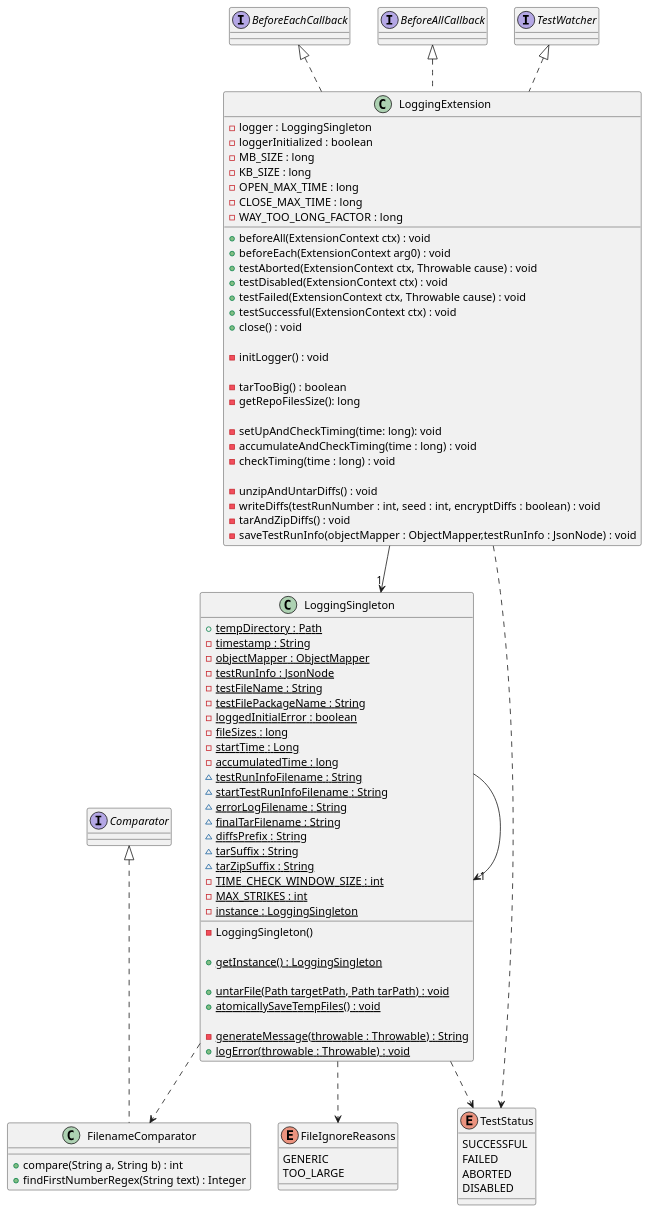
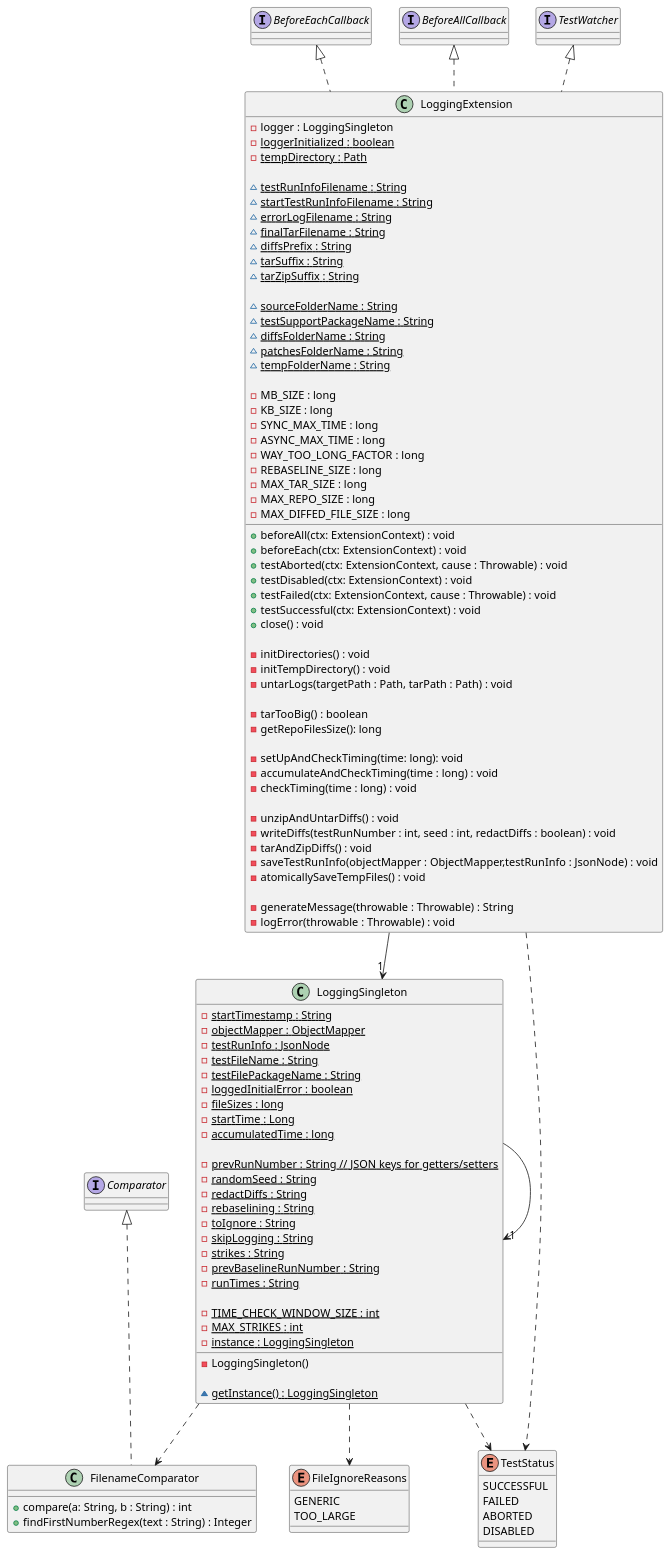
One commit to GauravGajavelli/WarmupAndStretchingWithCompression changed the diagram in ImportantClassesMethods.puml. Above: the diagram before and after it, drawn with PlantUML. The commit also changed 3 other files, not shown here.

Commit message:
Make all public package-private in LoggingSingleton and update UML

```diff
--- a/ImportantClassesMethods.puml
+++ b/ImportantClassesMethods.puml
@@ -1,103 +1,126 @@
 @startuml
 
 enum FileIgnoreReasons {
   GENERIC
   TOO_LARGE
 }
 enum TestStatus {
   SUCCESSFUL
   FAILED
   ABORTED
   DISABLED
 }
 
 class LoggingExtension {
-  - logger : LoggingSingleton
-  - loggerInitialized : boolean
-  - MB_SIZE : long
-  - KB_SIZE : long
-  - OPEN_MAX_TIME : long
-  - CLOSE_MAX_TIME : long
-  - WAY_TOO_LONG_FACTOR : long
+- logger : LoggingSingleton
+- loggerInitialized : boolean {static}
+- tempDirectory : Path {static}
 
-  + beforeAll(ExtensionContext ctx) : void
-  + beforeEach(ExtensionContext arg0) : void
-  + testAborted(ExtensionContext ctx, Throwable cause) : void
-  + testDisabled(ExtensionContext ctx) : void
-  + testFailed(ExtensionContext ctx, Throwable cause) : void
-  + testSuccessful(ExtensionContext ctx) : void
+~ testRunInfoFilename : String {static}
+~ startTestRunInfoFilename : String {static}
+~ errorLogFilename : String {static}
+~ finalTarFilename : String {static}
+~ diffsPrefix : String {static}
+~ tarSuffix : String {static}
+~ tarZipSuffix : String {static}
+
+~ sourceFolderName : String {static}
+~ testSupportPackageName : String {static}
+~ diffsFolderName : String {static}
+~ patchesFolderName : String {static}
+~ tempFolderName : String {static}
+
+- MB_SIZE : long
+- KB_SIZE : long
+- SYNC_MAX_TIME : long
+- ASYNC_MAX_TIME : long
+- WAY_TOO_LONG_FACTOR : long
+- REBASELINE_SIZE : long
+- MAX_TAR_SIZE : long
+- MAX_REPO_SIZE : long
+- MAX_DIFFED_FILE_SIZE : long
+
+  + beforeAll(ctx: ExtensionContext) : void
+  + beforeEach(ctx: ExtensionContext) : void
+  + testAborted(ctx: ExtensionContext, cause : Throwable) : void
+  + testDisabled(ctx: ExtensionContext) : void
+  + testFailed(ctx: ExtensionContext, cause : Throwable) : void
+  + testSuccessful(ctx: ExtensionContext) : void
   + close() : void
 
-  - initLogger() : void
+  - initDirectories() : void
+  - initTempDirectory() : void
+  - untarLogs(targetPath : Path, tarPath : Path) : void
 
   - tarTooBig() : boolean
   - getRepoFilesSize(): long
 
   - setUpAndCheckTiming(time: long): void
   - accumulateAndCheckTiming(time : long) : void
   - checkTiming(time : long) : void
 
   - unzipAndUntarDiffs() : void
-  - writeDiffs(testRunNumber : int, seed : int, encryptDiffs : boolean) : void
+  - writeDiffs(testRunNumber : int, seed : int, redactDiffs : boolean) : void
   - tarAndZipDiffs() : void
   - saveTestRunInfo(objectMapper : ObjectMapper,testRunInfo : JsonNode) : void
+  - atomicallySaveTempFiles() : void
+
+  - generateMessage(throwable : Throwable) : String
+  - logError(throwable : Throwable) : void
 }
 
 class LoggingSingleton {
-  + {static} tempDirectory : Path
-  - {static} timestamp : String
+  - {static} startTimestamp : String
   - {static} objectMapper : ObjectMapper
   - {static} testRunInfo : JsonNode
   - {static} testFileName : String
   - {static} testFilePackageName : String
   - {static} loggedInitialError : boolean
   - {static} fileSizes : long
   - {static} startTime : Long
   - {static} accumulatedTime : long
-  ~ {static} testRunInfoFilename : String
-  ~ {static} startTestRunInfoFilename : String
-  ~ {static} errorLogFilename : String
-  ~ {static} finalTarFilename : String
-  ~ {static} diffsPrefix : String
-  ~ {static} tarSuffix : String
-  ~ {static} tarZipSuffix : String
+
+  - {static} prevRunNumber : String // JSON keys for getters/setters
+  - {static} randomSeed : String
+  - {static} redactDiffs : String
+  - {static} rebaselining : String
+  - {static} toIgnore : String
+  - {static} skipLogging : String
+  - {static} strikes : String
+  - {static} prevBaselineRunNumber : String
+  - {static} runTimes : String
+
   - {static} TIME_CHECK_WINDOW_SIZE : int
   - {static} MAX_STRIKES : int
   - {static} instance : LoggingSingleton
 
   - LoggingSingleton()
 
-  + {static} getInstance() : LoggingSingleton
-
-  + {static} untarFile(Path targetPath, Path tarPath) : void
-  + {static} atomicallySaveTempFiles() : void
-
-  - {static} generateMessage(throwable : Throwable) : String
-  + {static} logError(throwable : Throwable) : void
+  ~ {static} getInstance() : LoggingSingleton
 }
 
 ' ===== FilenameComparator =====
 class FilenameComparator {
-  + compare(String a, String b) : int
-  + findFirstNumberRegex(String text) : Integer
+  + compare(a: String, b : String) : int
+  + findFirstNumberRegex(text : String) : Integer
 }
 interface Comparator
 
 interface TestWatcher
 interface BeforeAllCallback
 interface BeforeEachCallback
 
 LoggingExtension .u.|> TestWatcher
 LoggingExtension .u.|> BeforeAllCallback
 LoggingExtension .u.|> BeforeEachCallback
 LoggingExtension --> "1" LoggingSingleton
 LoggingExtension ..> TestStatus
 
 FilenameComparator .u.|> Comparator
 
 LoggingSingleton --> "1" LoggingSingleton
 LoggingSingleton ..> TestStatus
 LoggingSingleton ..> FilenameComparator
 LoggingSingleton ..> FileIgnoreReasons
 
 @enduml
```
